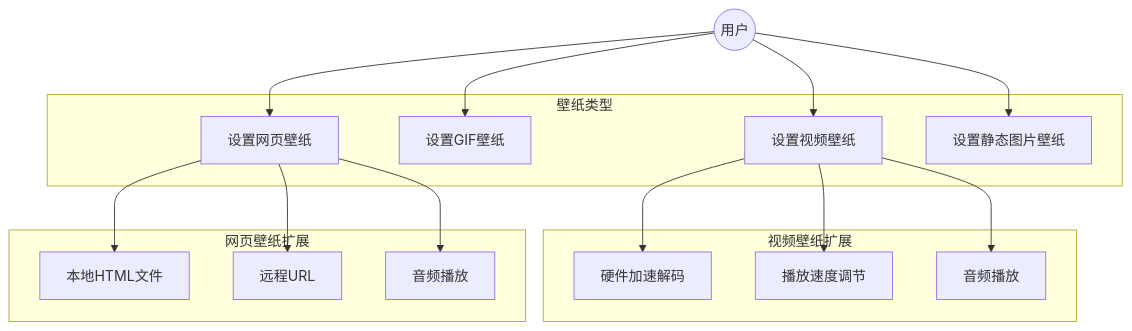
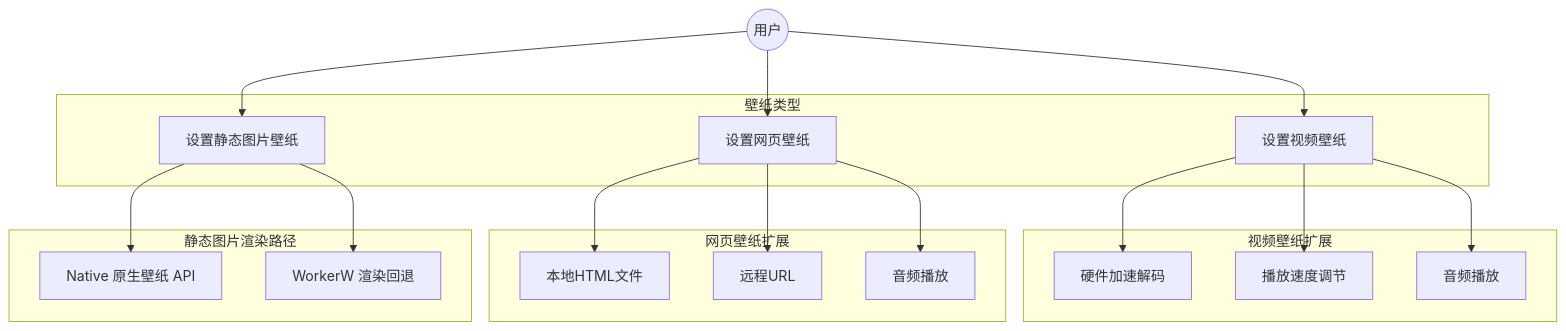
The second of 4 diagrams in docs/01-需求文档/04-用例-Use-Cases.md (Wunseol/mirrorstar-wallpaper), drawn with Mermaid before and after one commit. The commit also changed other lines of this file and 105 other files, not shown here.

````diff
--- a/docs/01-需求文档/04-用例-Use-Cases.md
+++ b/docs/01-需求文档/04-用例-Use-Cases.md
@@ -60,35 +67,40 @@
 ```mermaid
 graph TB
     Actor((用户))
 
     subgraph 壁纸类型
-        UC1[设置视频壁纸]
-        UC2[设置GIF壁纸]
-        UC3[设置网页壁纸]
-        UC4[设置静态图片壁纸]
+        UC001[设置视频壁纸]
+        UC002[设置网页壁纸]
+        UC008[设置静态图片壁纸]
     end
 
     subgraph 视频壁纸扩展
         UC1a[硬件加速解码]
         UC1b[播放速度调节]
         UC1c[音频播放]
     end
 
     subgraph 网页壁纸扩展
-        UC3a[本地HTML文件]
-        UC3b[远程URL]
-        UC3c[音频播放]
+        UC2a[本地HTML文件]
+        UC2b[远程URL]
+        UC2c[音频播放]
     end
 
-    Actor --> UC1
-    Actor --> UC2
-    Actor --> UC3
-    Actor --> UC4
+    subgraph 静态图片渲染路径
+        UC8a[Native 原生壁纸 API]
+        UC8b[WorkerW 渲染回退]
+    end
 
-    UC1 --> UC1a
-    UC1 --> UC1b
-    UC1 --> UC1c
-    UC3 --> UC3a
-    UC3 --> UC3b
-    UC3 --> UC3c
+    Actor --> UC001
+    Actor --> UC002
+    Actor --> UC008
+
+    UC001 --> UC1a
+    UC001 --> UC1b
+    UC001 --> UC1c
+    UC002 --> UC2a
+    UC002 --> UC2b
+    UC002 --> UC2c
+    UC008 --> UC8a
+    UC008 --> UC8b
 ```
````
